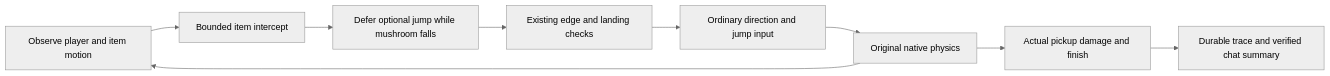
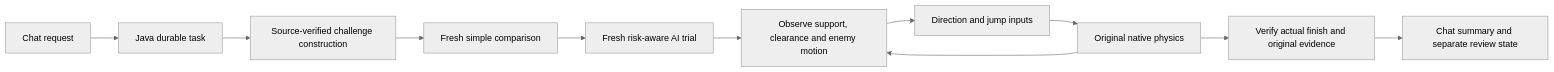
Before and after one commit to eyeoverthink/Fraynix-Agent-Workspace: the diagram in README.md, drawn with Mermaid (neutral theme). The commit also changed other lines of this file and 767 other files, not shown here.

Commit message:
Document edition 118 enemy challenges, risk-based pickups and retained verification with actual evidence

````diff
--- a/README.md
+++ b/README.md
@@ -71,11 +85,13 @@
 ```mermaid
 flowchart LR
-    O[Observe player and item motion] --> I[Bounded item intercept]
-    I --> J[Defer optional jump while mushroom falls]
-    J --> E[Existing edge and landing checks]
-    E --> A[Ordinary direction and jump input]
-    A --> P[Original native physics]
+    C[Chat request] --> J[Java durable task]
+    J --> B[Source-verified challenge construction]
+    B --> S[Fresh simple comparison]
+    S --> A[Fresh risk-aware AI trial]
+    A --> O[Observe support, clearance and enemy motion]
+    O --> I[Direction and jump inputs]
+    I --> P[Original native physics]
     P --> O
-    P --> V[Actual pickup damage and finish]
-    V --> T[Durable trace and verified chat summary]
+    P --> V[Verify actual finish and original evidence]
+    V --> R[Chat summary and separate review state]
 ```
````
